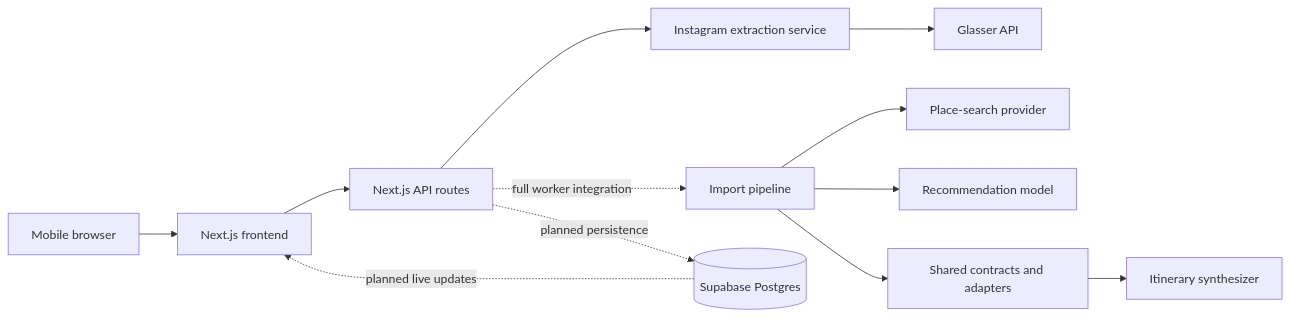
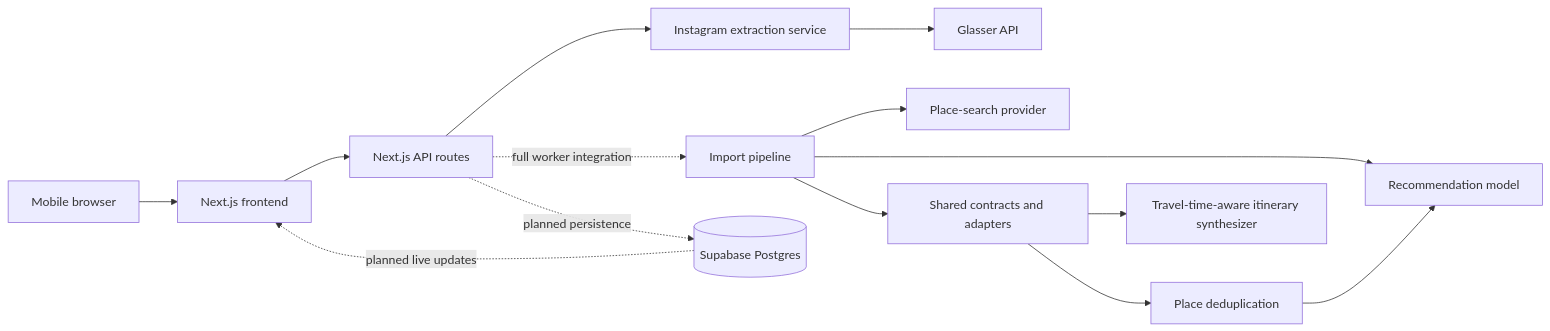
One commit to ds7575/diversatechhackathon changed the diagram in README.md. Above: the diagram before and after it, drawn with Mermaid. The commit also changed other lines of this file and 17 other files, not shown here.

Commit message:
feat(shared): add travel-aware group recommendations

````diff
--- a/README.md
+++ b/README.md
@@ -23,14 +23,16 @@
 ```mermaid
 flowchart LR
     U[Mobile browser] --> F[Next.js frontend]
     F --> A[Next.js API routes]
     A --> E[Instagram extraction service]
     E --> G[Glasser API]
     A -. full worker integration .-> W[Import pipeline]
     W --> P[Place-search provider]
     W --> M[Recommendation model]
     W --> S[Shared contracts and adapters]
-    S --> I[Itinerary synthesizer]
+    S --> D[Place deduplication]
+    D --> M
+    S --> I[Travel-time-aware itinerary synthesizer]
     A -. planned persistence .-> DB[(Supabase Postgres)]
     DB -. planned live updates .-> F
 ```
````
